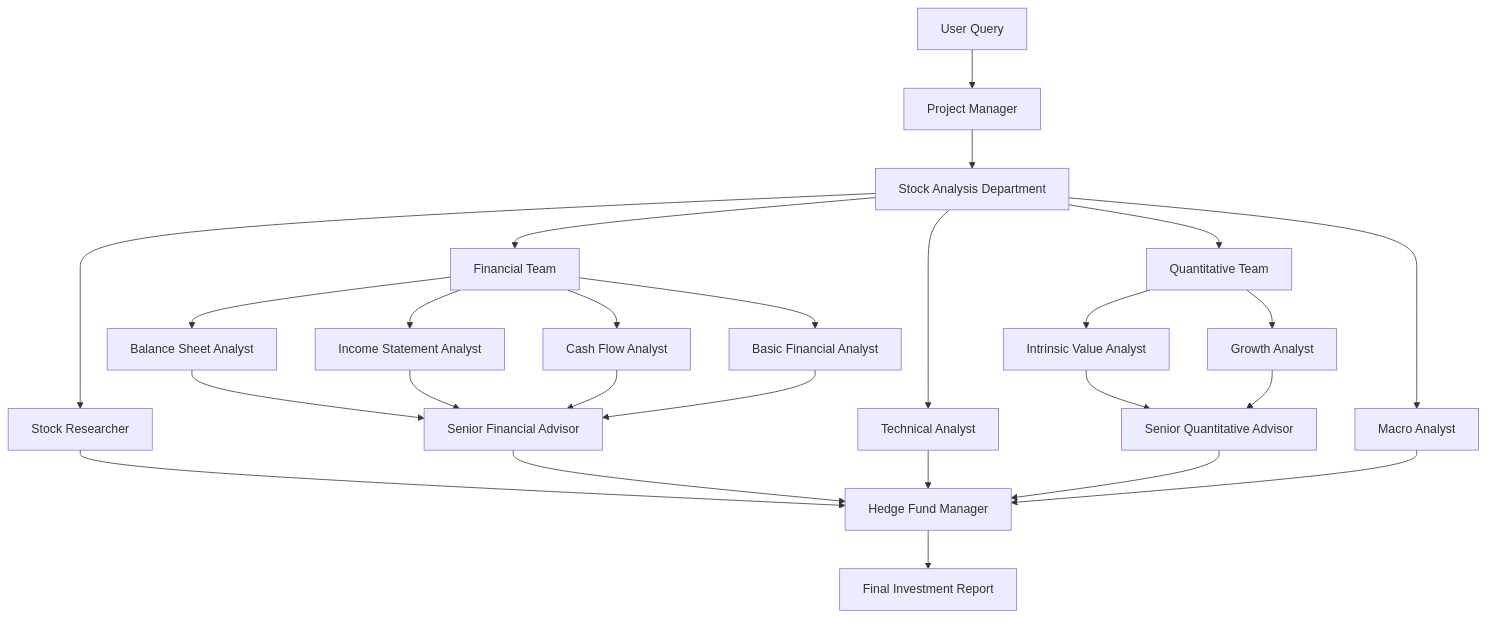
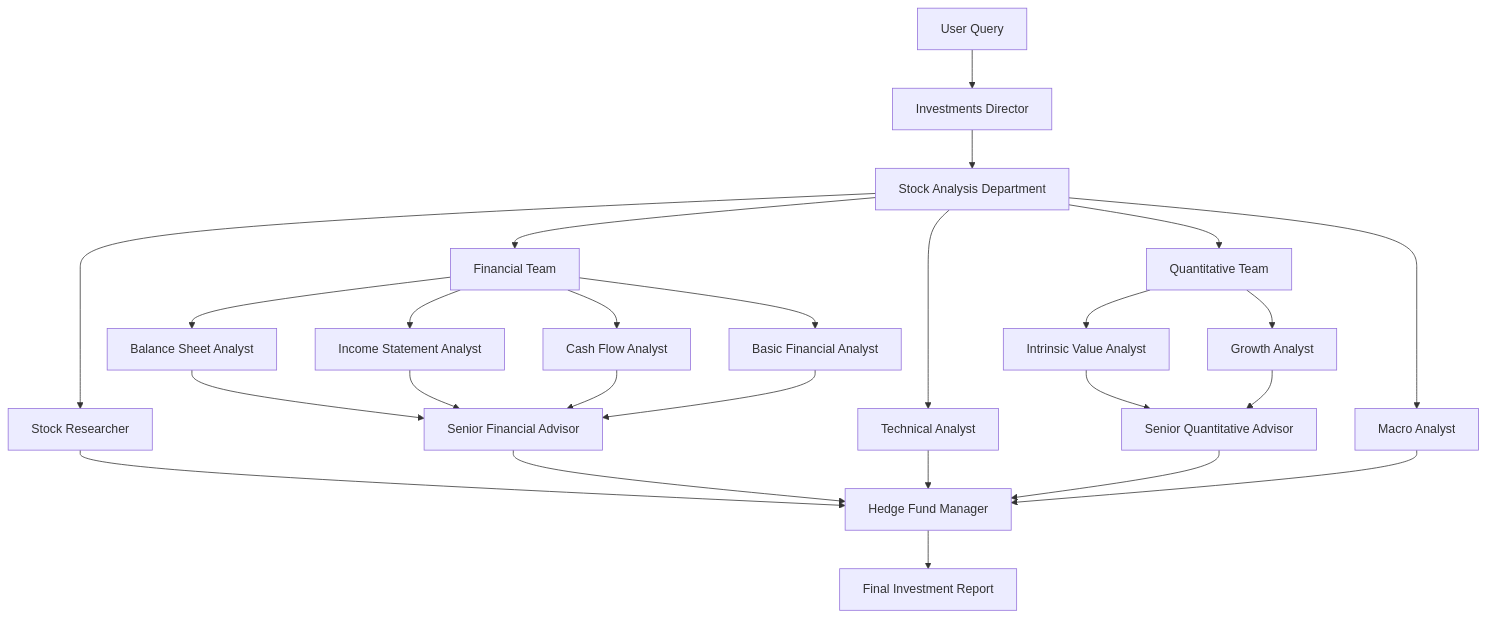
Before and after one commit to iam1492/stock-analysis-agent: the diagram in .kilocode/rules/memory-bank/architecture.md, drawn with Mermaid. The commit also changed other lines of this file and 10 other files, not shown here.

Commit message:
product manager 를 investments director 로 변경

````diff
--- a/.kilocode/rules/memory-bank/architecture.md
+++ b/.kilocode/rules/memory-bank/architecture.md
@@ -131,24 +131,24 @@
 ```mermaid
 graph TD
-    A[User Query] --> B[Project Manager]
+    A[User Query] --> B[Investments Director]
     B --> C[Stock Analysis Department]
 
     C --> D1[Stock Researcher]
     C --> D2[Financial Team]
     C --> D3[Technical Analyst]
     C --> D4[Quantitative Team]
     C --> D5[Macro Analyst]
 
     D2 --> E1[Balance Sheet Analyst]
     D2 --> E2[Income Statement Analyst]
     D2 --> E3[Cash Flow Analyst]
     D2 --> E4[Basic Financial Analyst]
     E1 & E2 & E3 & E4 --> F1[Senior Financial Advisor]
 
     D4 --> G1[Intrinsic Value Analyst]
     D4 --> G2[Growth Analyst]
     G1 & G2 --> F2[Senior Quantitative Advisor]
 
     D1 & F1 & D3 & F2 & D5 --> H[Hedge Fund Manager]
     H --> I[Final Investment Report]
 ```
````
